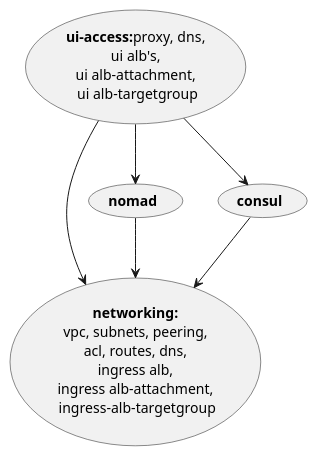
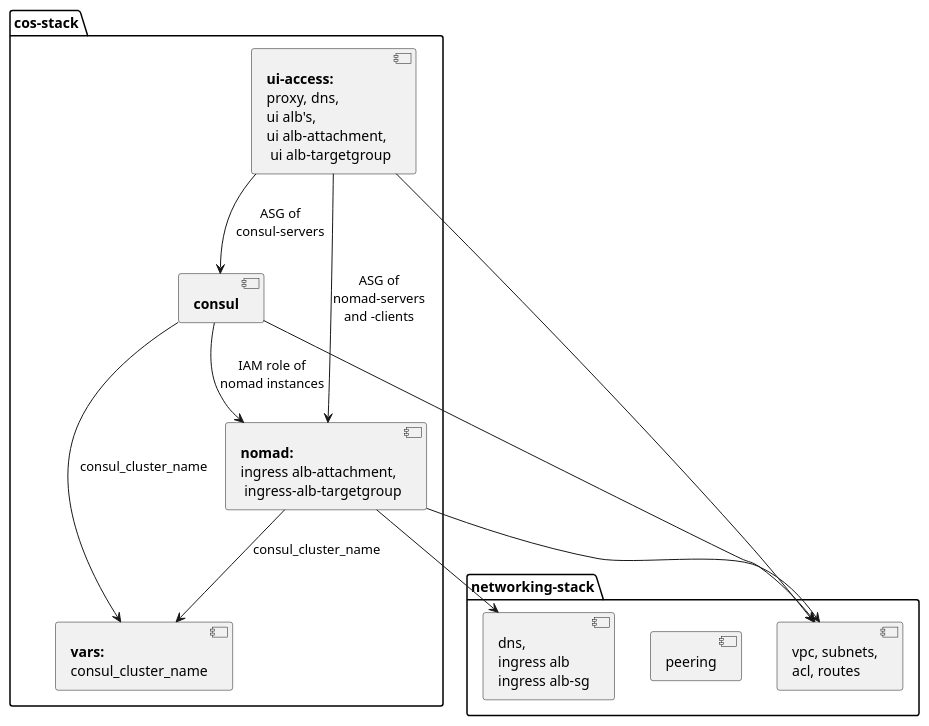
The diagram in _docs/module-dependencies.plantuml (MatthiasScholz/cos), drawn with PlantUML before and after one commit. The commit also changed 1 other file, not shown here.

Commit message:
.UPDATE dependencies

```diff
--- a/_docs/module-dependencies.plantuml
+++ b/_docs/module-dependencies.plantuml
@@ -1,14 +1,26 @@
-@startuml "Dependencies of the modules of the cos-stack."
+@startuml
 
-(**ui-access:**proxy, dns,\nui alb's,\nui alb-attachment,\n ui alb-targetgroup) as (UI)
-(**networking:**\nvpc, subnets, peering,\nacl, routes, dns,\ningress alb,\ningress alb-attachment,\n ingress-alb-targetgroup) as NW
-(**nomad**) as (NM)  
-(**consul**) as (CS)
+package "networking-stack"{
+  [vpc, subnets,\nacl, routes] as BNW
+  [peering]
+  [dns,\ningress alb\ningress alb-sg] as INGR
+}
 
-(NM) --> (NW)
-(CS) --> (NW)
-(UI) --> (NW)
-(UI) --> (NM)
-(UI) --> (CS)
+package "cos-stack"{
+  [**consul**] as CS
+  [**ui-access:**\nproxy, dns,\nui alb's,\nui alb-attachment,\n ui alb-targetgroup] as UI
+  [**nomad:**\ningress alb-attachment,\n ingress-alb-targetgroup] as NM
+  [**vars:**\nconsul_cluster_name] as VARS
+}
+
+NM --> BNW
+NM --> INGR
+CS --> BNW
+UI --> BNW
+UI --> NM: ASG of\nnomad-servers\nand -clients
+UI --> CS: ASG of\nconsul-servers
+CS --> NM: IAM role of\nnomad instances
+CS --> VARS: consul_cluster_name
+NM --> VARS: consul_cluster_name
 
 @enduml
```
